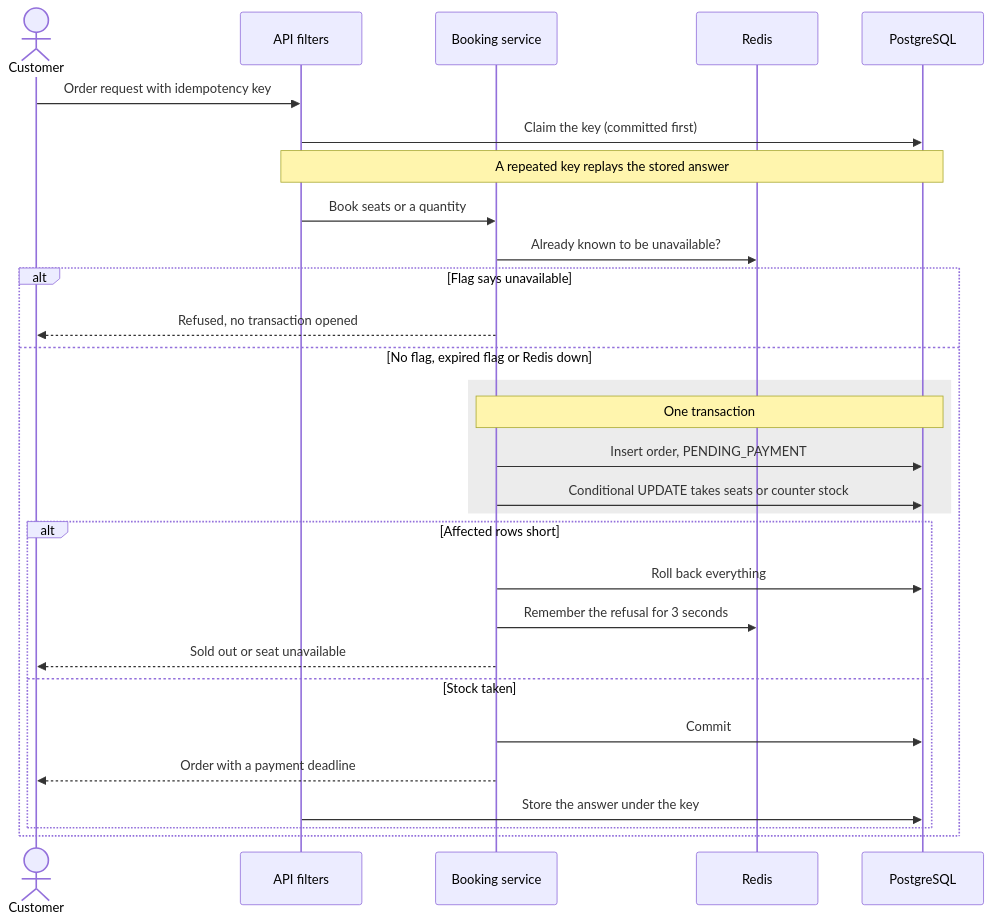
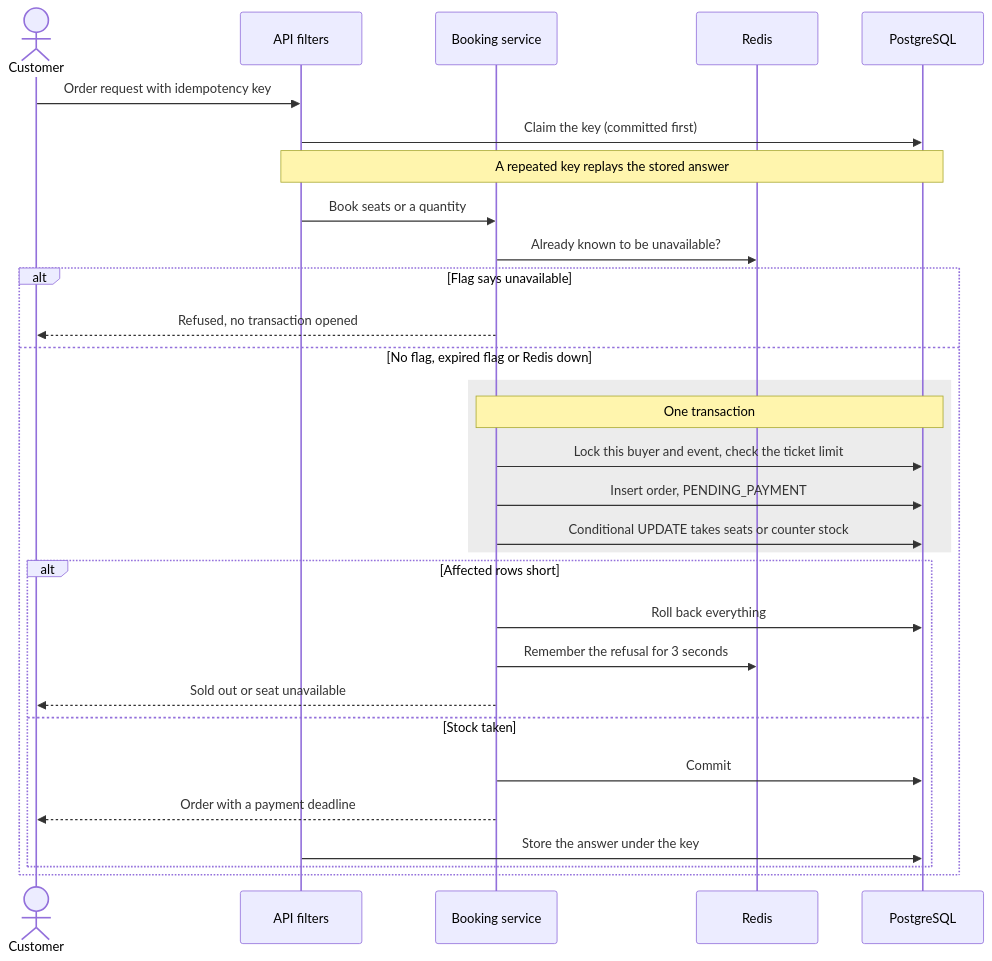
The third of 9 diagrams in README.md (tqha1011/BidTix), drawn with Mermaid before and after one commit. The commit also changed other lines of this file and 2 other files, not shown here.

Commit message:
docs: describe the per-user ticket limit

````diff
--- a/README.md
+++ b/README.md
@@ -162,32 +161,33 @@
 ```mermaid
 sequenceDiagram
     actor C as Customer
     participant A as API filters
     participant B as Booking service
     participant R as Redis
     participant DB as PostgreSQL
 
     C->>A: Order request with idempotency key
     A->>DB: Claim the key (committed first)
     Note over A,DB: A repeated key replays the stored answer
     A->>B: Book seats or a quantity
     B->>R: Already known to be unavailable?
     alt Flag says unavailable
         B-->>C: Refused, no transaction opened
     else No flag, expired flag or Redis down
         rect rgba(127, 127, 127, 0.15)
             Note over B,DB: One transaction
+            B->>DB: Lock this buyer and event, check the ticket limit
             B->>DB: Insert order, PENDING_PAYMENT
             B->>DB: Conditional UPDATE takes seats or counter stock
         end
         alt Affected rows short
             B->>DB: Roll back everything
             B->>R: Remember the refusal for 3 seconds
             B-->>C: Sold out or seat unavailable
         else Stock taken
             B->>DB: Commit
             B-->>C: Order with a payment deadline
             A->>DB: Store the answer under the key
         end
     end
 ```
````
